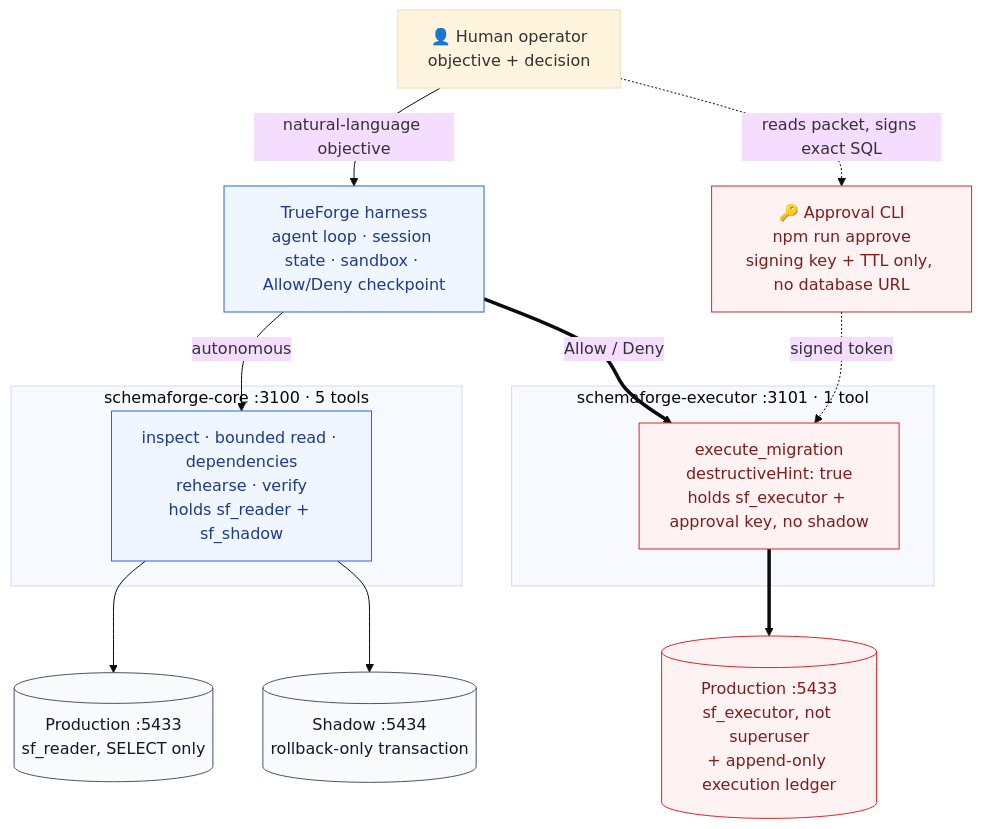
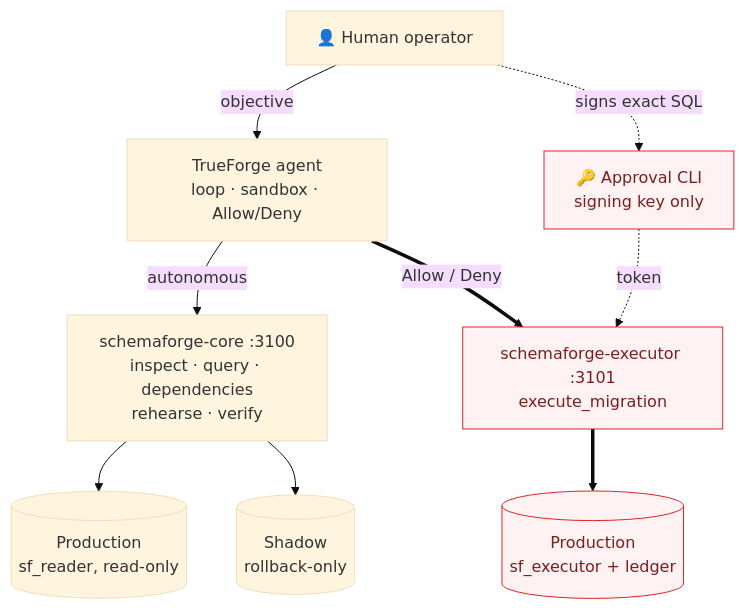
The fourth of 6 diagrams in README.md (harshaxyZ/schemaforge), drawn with Mermaid (base theme) before and after one commit. The commit also changed other lines of this file and 3 other files, not shown here.

````diff
--- a/README.md
+++ b/README.md
@@ -113,34 +285,23 @@
 ```mermaid
 flowchart TB
-    human["👤 Human operator<br/>objective + decision"]
-    cli["🔑 Approval CLI<br/>npm run approve<br/>signing key + TTL only, no database URL"]
-    forge["TrueForge harness<br/>agent loop · session state · sandbox · Allow/Deny checkpoint"]
+    human["👤 Human operator"]
+    cli["🔑 Approval CLI<br/>signing key only"]
+    forge["TrueForge agent<br/>loop · sandbox · Allow/Deny"]
+    core["schemaforge-core :3100<br/>inspect · query · dependencies<br/>rehearse · verify"]
+    exec["schemaforge-executor :3101<br/>execute_migration"]
+    prodro[("Production<br/>sf_reader, read-only")]
+    shadow[("Shadow<br/>rollback-only")]
+    prodrw[("Production<br/>sf_executor + ledger")]
 
-    subgraph coreSvc["schemaforge-core :3100 · 5 tools"]
-        core["inspect · bounded read · dependencies<br/>rehearse · verify<br/>holds sf_reader + sf_shadow"]
-    end
-
-    subgraph execSvc["schemaforge-executor :3101 · 1 tool"]
-        exec["execute_migration<br/>destructiveHint: true<br/>holds sf_executor + approval key, no shadow"]
-    end
-
-    prodro[("Production :5433<br/>sf_reader, SELECT only")]
-    shadow[("Shadow :5434<br/>rollback-only transaction")]
-    prodrw[("Production :5433<br/>sf_executor, not superuser<br/>+ append-only execution ledger")]
-
-    human -->|natural-language objective| forge
-    human -. reads packet, signs exact SQL .-> cli
+    human -->|objective| forge
+    human -. signs exact SQL .-> cli
     forge -->|autonomous| core
     forge ==>|Allow / Deny| exec
-    cli -. signed token .-> exec
+    cli -. token .-> exec
     core --> prodro
     core --> shadow
     exec ==> prodrw
 
     classDef danger fill:#fef2f2,stroke:#dc2626,color:#7f1d1d
-    classDef safe fill:#eff6ff,stroke:#2563eb,color:#1e3a8a
-    classDef store fill:#f8fafc,stroke:#475569,color:#0f172a
     class cli,exec,prodrw danger
-    class core,forge safe
-    class prodro,shadow store
 ```
````
